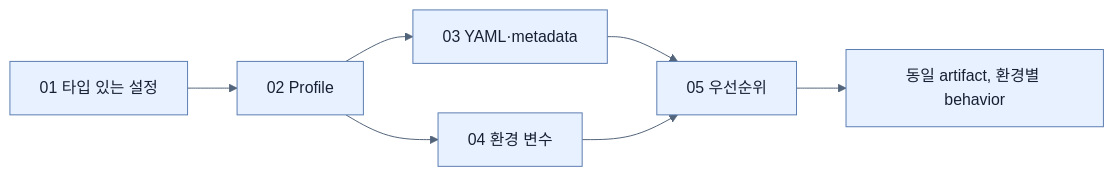
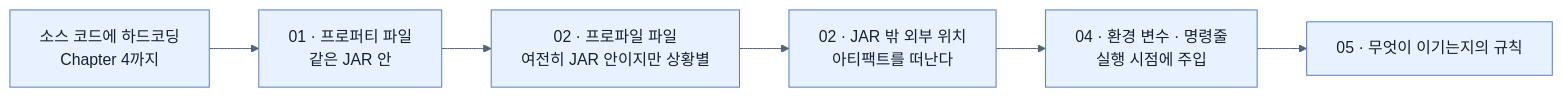
One commit to sing-u8/Learning_Spring_Boot_4 changed the first of 2 diagrams in spring-boot-4-pdf-notes/part-3-releasing-an-application-with-spring-boot/chapter-6-configuring-an-application-with-spring-boot/_map.md. Above: the diagram before and after it, drawn with Mermaid. The commit also changed other lines of this file and 253 other files, not shown here.

````diff
--- a/spring-boot-4-pdf-notes/part-3-releasing-an-application-with-spring-boot/chapter-6-configuring-an-application-with-spring-boot/_map.md
+++ b/spring-boot-4-pdf-notes/part-3-releasing-an-application-with-spring-boot/chapter-6-configuring-an-application-with-spring-boot/_map.md
@@ -3,10 +14,9 @@
 ```mermaid
 %%{init: {'theme': 'base', 'themeVariables': {'background': '#ffffff', 'primaryColor': '#e8f1ff', 'primaryTextColor': '#172033', 'primaryBorderColor': '#5b7db1', 'lineColor': '#52647a', 'secondaryColor': '#f7fbff', 'tertiaryColor': '#fff7df'}}}%%
 flowchart LR
-    T[01 타입 있는 설정] --> P[02 Profile]
-    P --> Y[03 YAML·metadata]
-    P --> E[04 환경 변수]
-    Y --> O[05 우선순위]
-    E --> O
-    O --> R[동일 artifact, 환경별 behavior]
+    C["소스 코드에 하드코딩<br/>Chapter 4까지"] --> P["01 · 프로퍼티 파일<br/>같은 JAR 안"]
+    P --> F["02 · 프로파일 파일<br/>여전히 JAR 안이지만 상황별"]
+    F --> O["02 · JAR 밖 외부 위치<br/>아티팩트를 떠난다"]
+    O --> E["04 · 환경 변수 · 명령줄<br/>실행 시점에 주입"]
+    E --> R["05 · 무엇이 이기는지의 규칙"]
 ```
````
